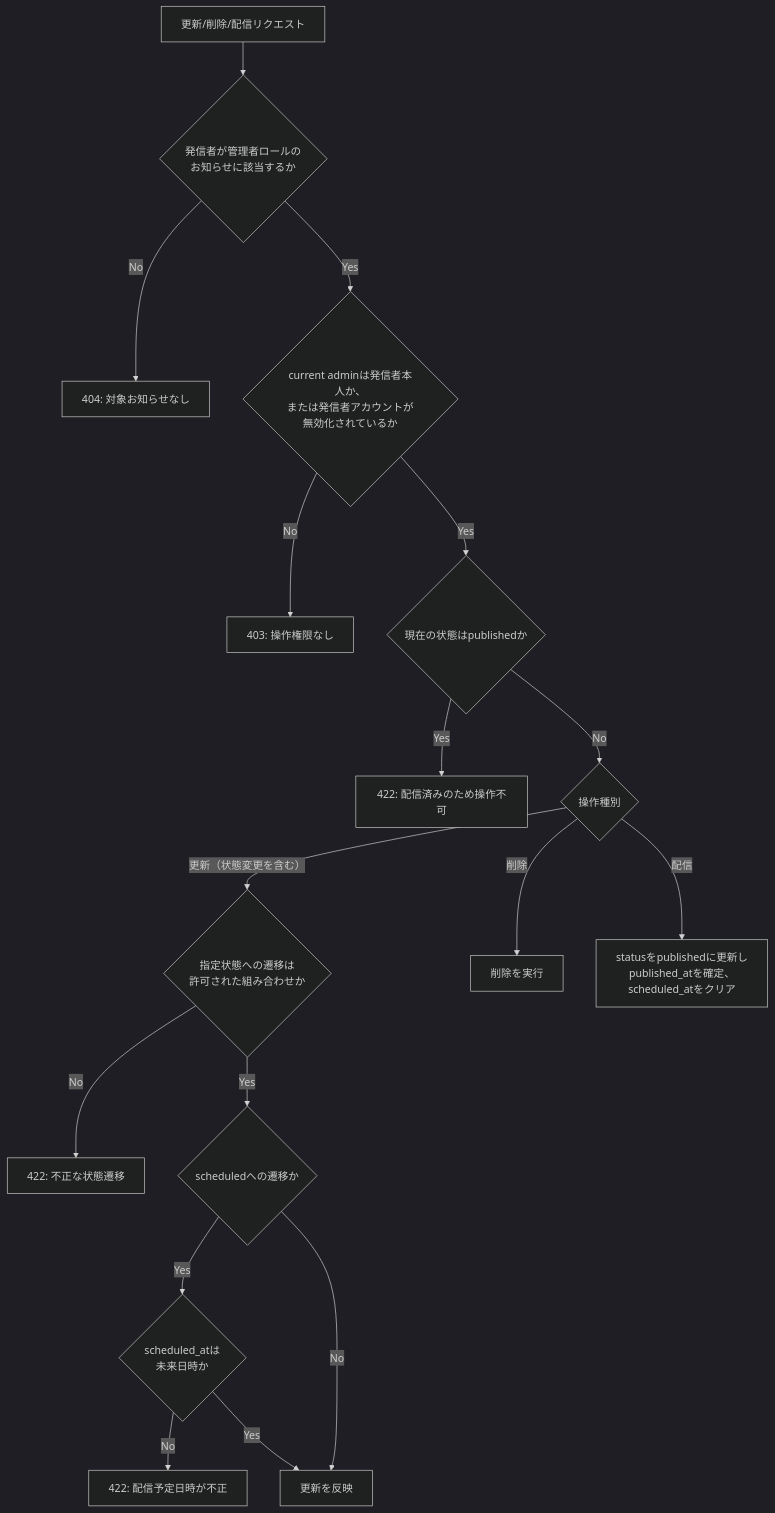
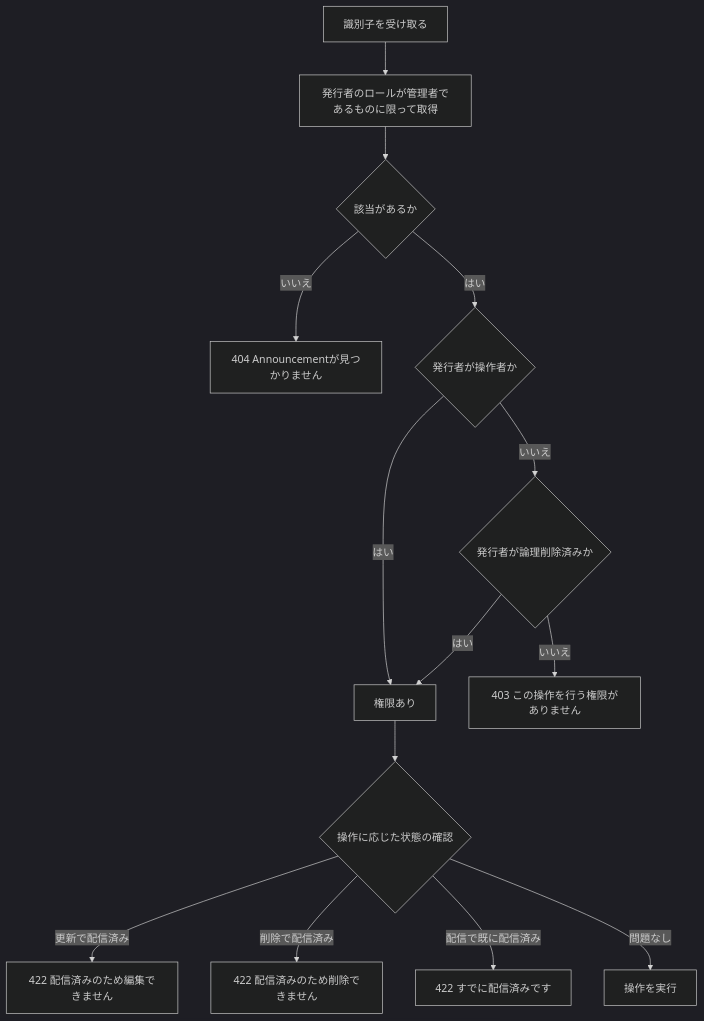
One commit to yuta20253/edu-platform-go-design changed the sixth of 7 diagrams in 計画書/GO移行・設計仕様書/管理者お知らせ管理機能_Go移行・設計仕様書.md. Above: the diagram before and after it, drawn with Mermaid (dark theme). The commit also changed other lines of this file and 2 other files, not shown here.

````diff
--- a/計画書/GO移行・設計仕様書/管理者お知らせ管理機能_Go移行・設計仕様書.md
+++ b/計画書/GO移行・設計仕様書/管理者お知らせ管理機能_Go移行・設計仕様書.md
@@ -433,19 +605,16 @@
 ```mermaid
 flowchart TD
-    A[更新/削除/配信リクエスト] --> B{発信者が管理者ロールの\nお知らせに該当するか}
-    B -- No --> B1[404: 対象お知らせなし]
-    B -- Yes --> B2{current adminは発信者本人か、\nまたは発信者アカウントが無効化されているか}
-    B2 -- No --> B3[403: 操作権限なし]
-    B2 -- Yes --> C{現在の状態はpublishedか}
-    C -- Yes --> C1[422: 配信済みのため操作不可]
-    C -- No --> D{操作種別}
-    D -- 更新（状態変更を含む） --> E{指定状態への遷移は\n許可された組み合わせか}
-    E -- No --> E1[422: 不正な状態遷移]
-    E -- Yes --> F{scheduledへの遷移か}
-    F -- Yes --> G{scheduled_atは\n未来日時か}
-    G -- No --> G1[422: 配信予定日時が不正]
-    G -- Yes --> H[更新を反映]
-    F -- No --> H
-    D -- 削除 --> I[削除を実行]
-    D -- 配信 --> J[statusをpublishedに更新し\npublished_atを確定、scheduled_atをクリア]
+    S[識別子を受け取る] --> F[発行者のロールが管理者であるものに限って取得]
+    F --> E{該当があるか}
+    E -- いいえ --> NF[404 Announcementが見つかりません]
+    E -- はい --> P1{発行者が操作者か}
+    P1 -- はい --> OK[権限あり]
+    P1 -- いいえ --> P2{発行者が論理削除済みか}
+    P2 -- はい --> OK
+    P2 -- いいえ --> FB[403 この操作を行う権限がありません]
+    OK --> ST{操作に応じた状態の確認}
+    ST -- 更新で配信済み --> E422a[422 配信済みのため編集できません]
+    ST -- 削除で配信済み --> E422b[422 配信済みのため削除できません]
+    ST -- 配信で既に配信済み --> E422c[422 すでに配信済みです]
+    ST -- 問題なし --> DO[操作を実行]
 ```
````
